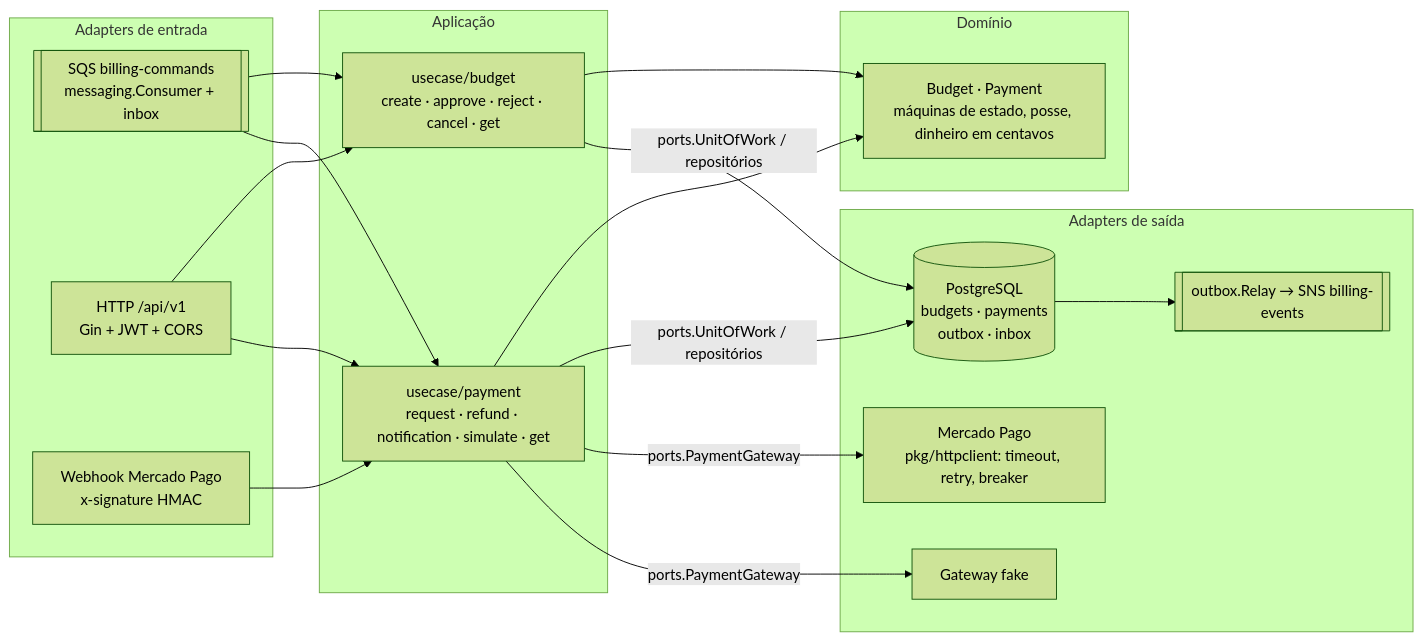
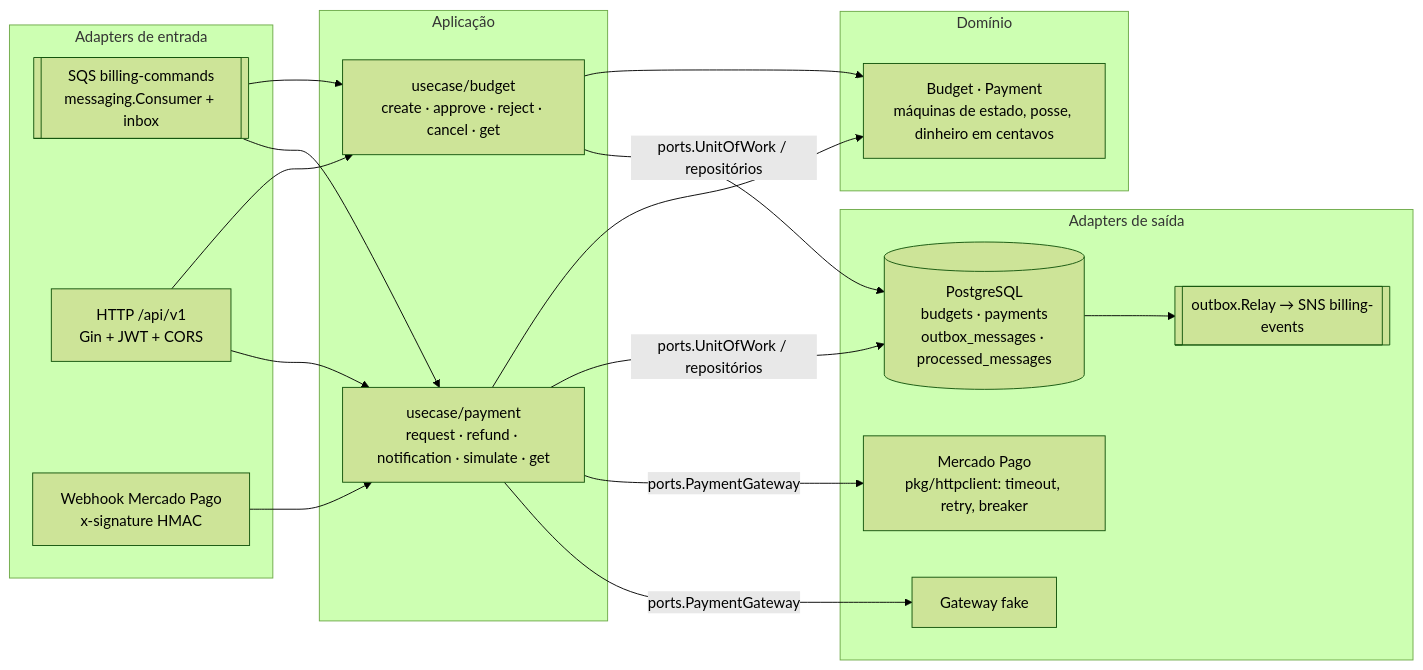
One commit to Kc1t/postech-tc4-billing-service changed the first of 4 diagrams in README.md. Above: the diagram before and after it, drawn with Mermaid (forest theme). The commit also changed other lines of this file, not shown here.

````diff
--- a/README.md
+++ b/README.md
@@ -37,28 +40,28 @@
 ```mermaid
 flowchart LR
     subgraph inbound["Adapters de entrada"]
         SQS[["SQS billing-commands<br/>messaging.Consumer + inbox"]]
         HTTP["HTTP /api/v1<br/>Gin + JWT + CORS"]
         WH["Webhook Mercado Pago<br/>x-signature HMAC"]
     end
     subgraph app["Aplicação"]
         UCB["usecase/budget<br/>create · approve · reject · cancel · get"]
         UCP["usecase/payment<br/>request · refund · notification · simulate · get"]
     end
     subgraph domain["Domínio"]
         E["Budget · Payment<br/>máquinas de estado, posse, dinheiro em centavos"]
     end
     subgraph outbound["Adapters de saída"]
-        PG[("PostgreSQL<br/>budgets · payments<br/>outbox · inbox")]
+        PG[("PostgreSQL<br/>budgets · payments<br/>outbox_messages · processed_messages")]
         MP["Mercado Pago<br/>pkg/httpclient: timeout, retry, breaker"]
         FAKE["Gateway fake"]
         RELAY[["outbox.Relay → SNS billing-events"]]
     end
     SQS --> UCB & UCP
     HTTP --> UCB & UCP
     WH --> UCP
     UCB & UCP --> E
     UCB & UCP -- "ports.UnitOfWork / repositórios" --> PG
     UCP -- "ports.PaymentGateway" --> MP & FAKE
     PG --> RELAY
 ```
````
